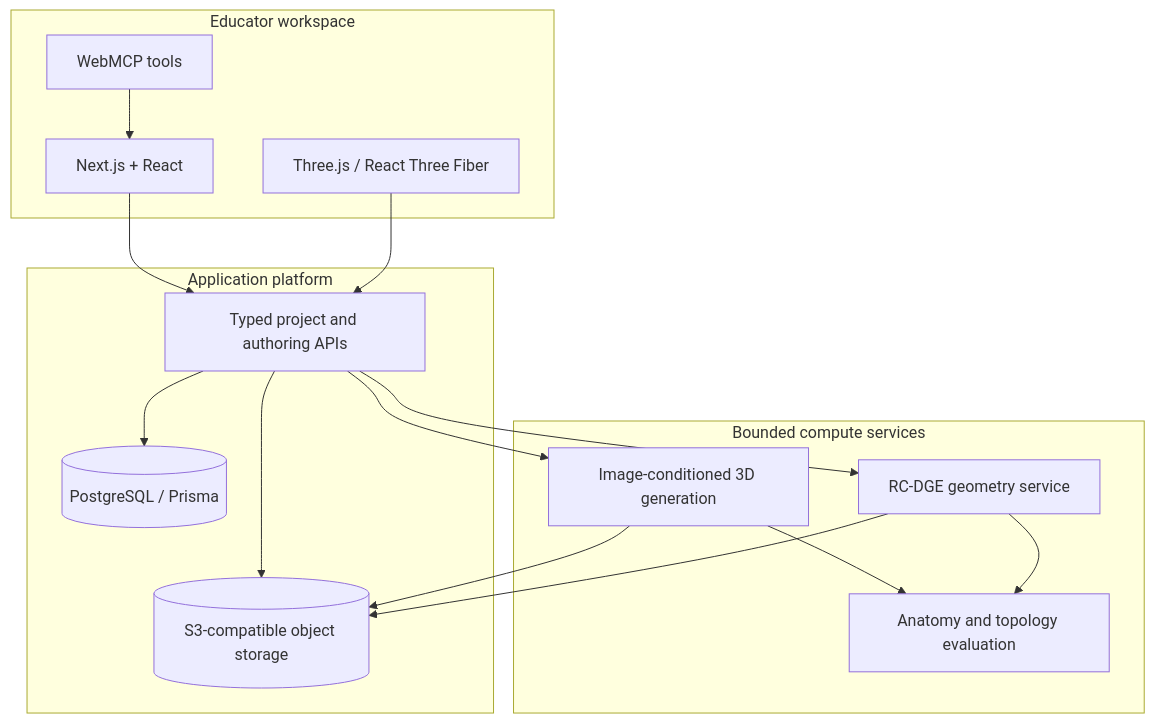
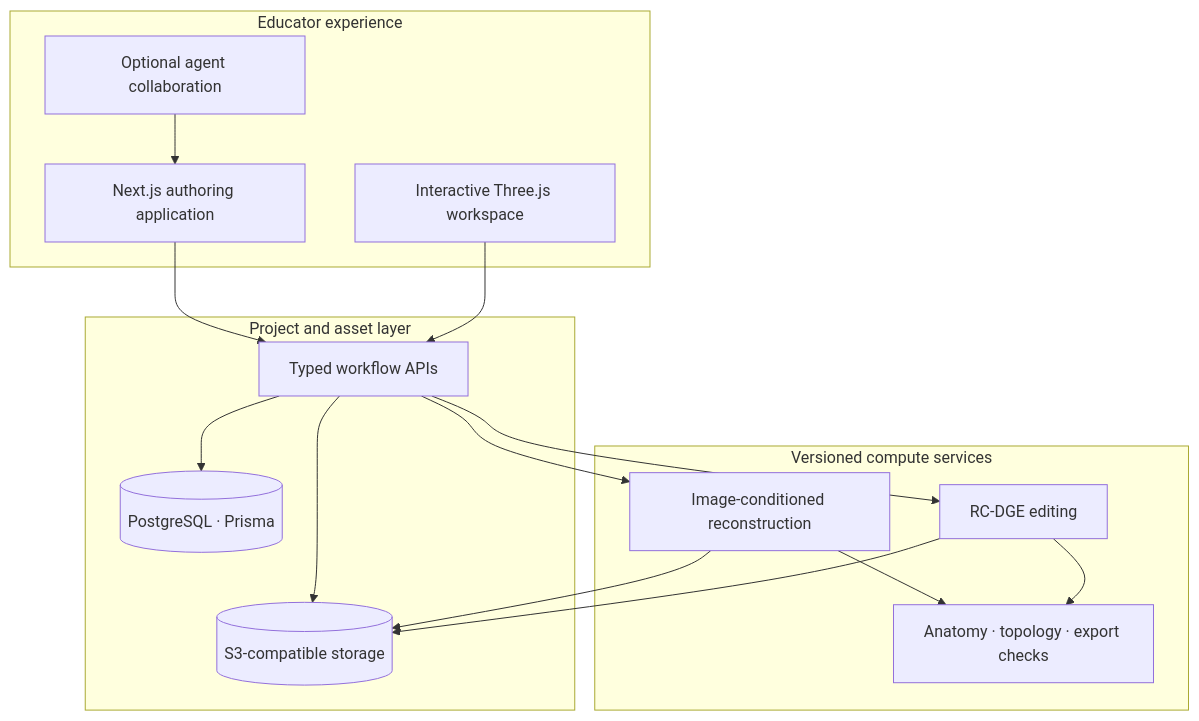
Before and after one commit to joboyebisi/dentalsculptor: the second of 2 diagrams in README.md, drawn with Mermaid. The commit also changed other lines of this file, not shown here.

Commit message:
Reframe README around educator-led 3D authoring

````diff
--- a/README.md
+++ b/README.md
@@ -102,32 +137,32 @@
 ```mermaid
 flowchart TB
-    subgraph Browser[Educator workspace]
-      UI[Next.js + React]
-      VIEW[Three.js / React Three Fiber]
-      MCP[WebMCP tools]
+    subgraph Experience[Educator experience]
+      APP[Next.js authoring application]
+      VIEW[Interactive Three.js workspace]
+      AGENT[Optional agent collaboration]
     end
 
-    subgraph Platform[Application platform]
-      API[Typed project and authoring APIs]
-      DB[(PostgreSQL / Prisma)]
-      STORE[(S3-compatible object storage)]
+    subgraph Core[Project and asset layer]
+      API[Typed workflow APIs]
+      DATA[(PostgreSQL · Prisma)]
+      OBJECTS[(S3-compatible storage)]
     end
 
-    subgraph Compute[Bounded compute services]
-      GEN[Image-conditioned 3D generation]
-      GEO[RC-DGE geometry service]
-      EVAL[Anatomy and topology evaluation]
+    subgraph Compute[Versioned compute services]
+      RECON[Image-conditioned reconstruction]
+      EDIT[RC-DGE editing]
+      QUALITY[Anatomy · topology · export checks]
     end
 
-    UI --> API
+    APP --> API
     VIEW --> API
-    MCP --> UI
-    API --> DB
-    API --> STORE
-    API --> GEN
-    API --> GEO
-    GEN --> STORE
-    GEO --> STORE
-    GEN --> EVAL
-    GEO --> EVAL
+    AGENT --> APP
+    API --> DATA
+    API --> OBJECTS
+    API --> RECON
+    API --> EDIT
+    RECON --> OBJECTS
+    EDIT --> OBJECTS
+    RECON --> QUALITY
+    EDIT --> QUALITY
 ```
````
